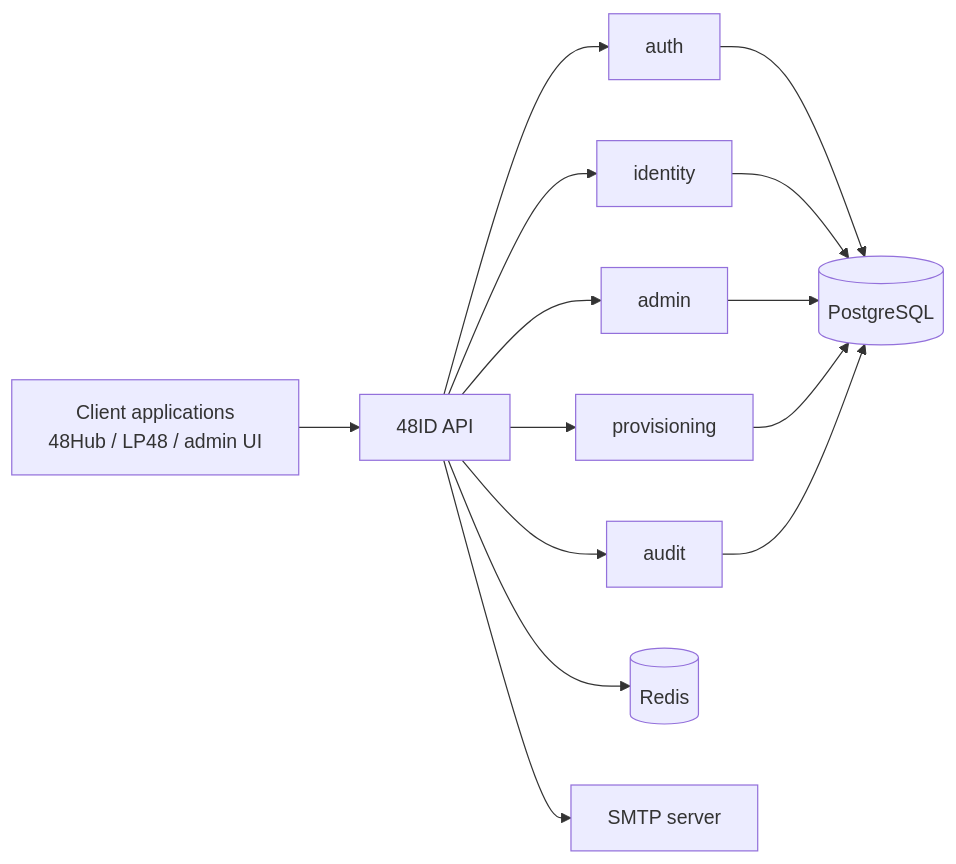
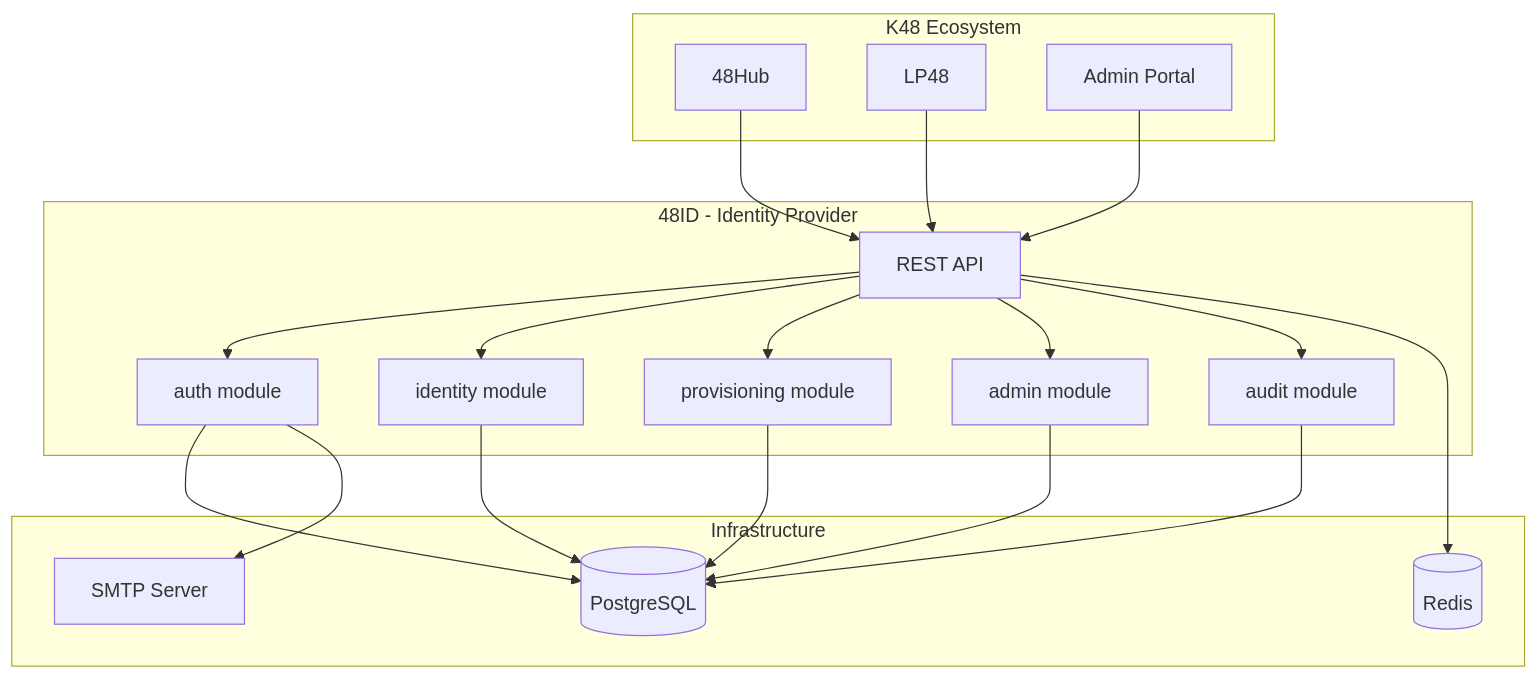
Before and after one commit to mrvin100/48id: the diagram in README.md, drawn with Mermaid. The commit also changed other lines of this file and 25 other files, not shown here.

````diff
--- a/README.md
+++ b/README.md
@@ -41,16 +45,42 @@
 ```mermaid
-flowchart LR
-    Apps[Client applications\n48Hub / LP48 / admin UI] --> API[48ID API]
-    API --> AUTH[auth]
-    API --> ID[identity]
-    API --> ADMIN[admin]
-    API --> PROV[provisioning]
-    API --> AUDIT[audit]
-    AUTH --> PG[(PostgreSQL)]
-    ID --> PG
-    ADMIN --> PG
-    PROV --> PG
-    AUDIT --> PG
-    API --> REDIS[(Redis)]
-    API --> SMTP[SMTP server]
+graph TB
+    subgraph "K48 Ecosystem"
+        Hub[48Hub]
+        LP[LP48]
+        Admin[Admin Portal]
+    end
+
+    subgraph "48ID - Identity Provider"
+        API[REST API]
+        Auth[auth module]
+        Identity[identity module]
+        Provisioning[provisioning module]
+        AdminMod[admin module]
+        Audit[audit module]
+    end
+
+    subgraph "Infrastructure"
+        PG[(PostgreSQL)]
+        Redis[(Redis)]
+        SMTP[SMTP Server]
+    end
+
+    Hub --> API
+    LP --> API
+    Admin --> API
+    
+    API --> Auth
+    API --> Identity
+    API --> Provisioning
+    API --> AdminMod
+    API --> Audit
+    
+    Auth --> PG
+    Identity --> PG
+    Provisioning --> PG
+    AdminMod --> PG
+    Audit --> PG
+    
+    API --> Redis
+    Auth --> SMTP
 ```
````
